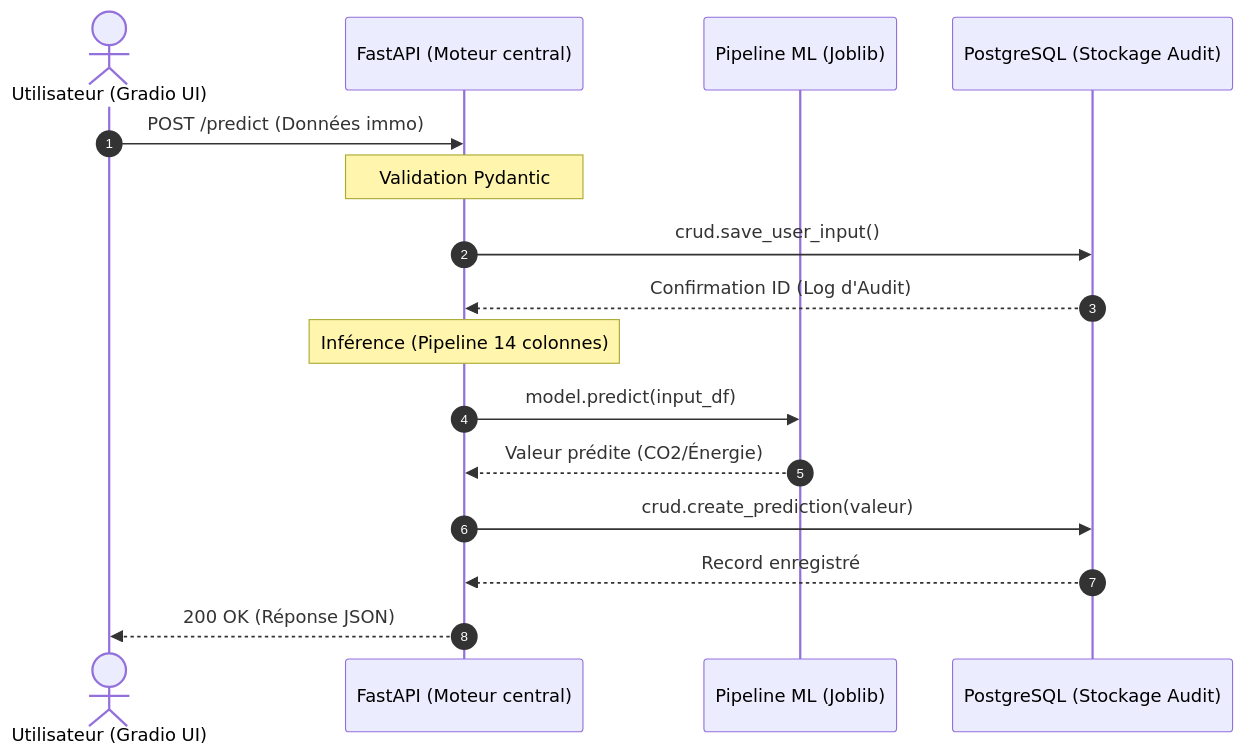
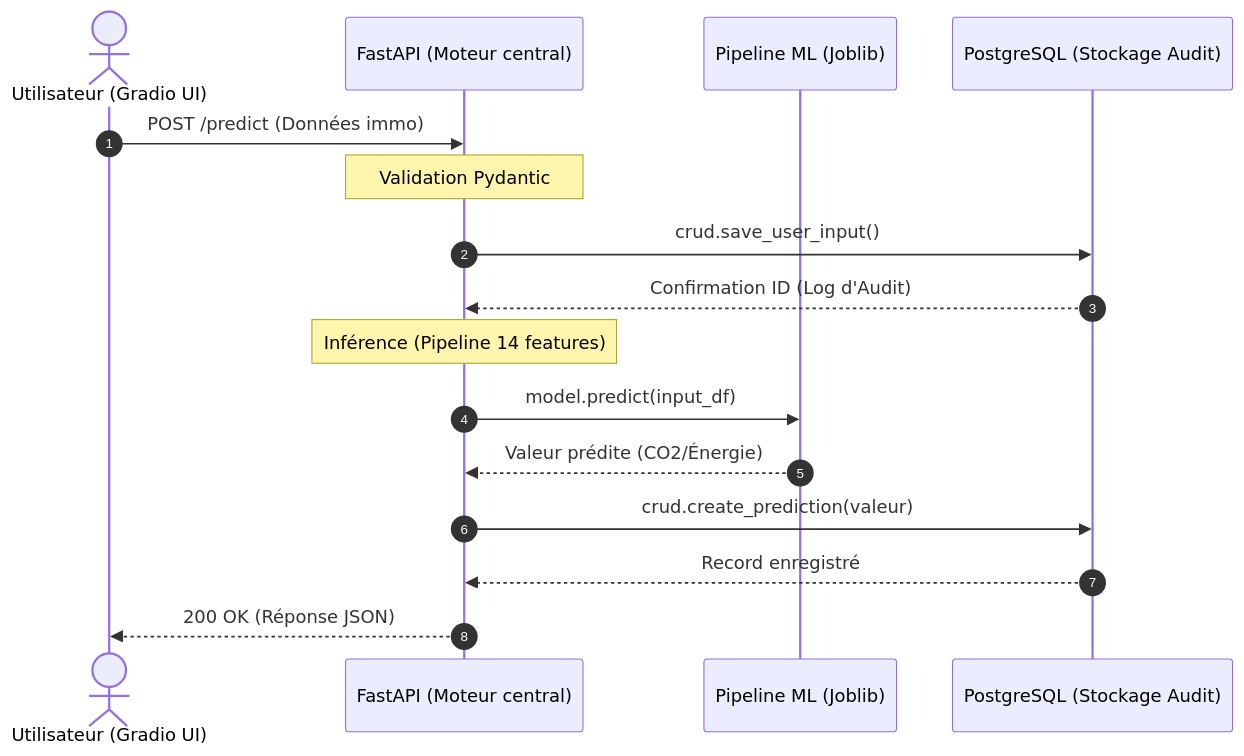
One commit to AIEngOc2025/Projet5 changed the second of 2 diagrams in README.md. Above: the diagram before and after it, drawn with Mermaid.

````diff
--- a/README.md
+++ b/README.md
@@ -55,25 +55,25 @@
 ```mermaid
 sequenceDiagram
     autonumber
     actor User as Utilisateur (Gradio UI)
     participant API as FastAPI (Moteur central)
     participant ML as Pipeline ML (Joblib)
     participant DB as PostgreSQL (Stockage Audit)
 
     User->>API: POST /predict (Données immo)
     
     Note over API: Validation Pydantic
     
     API->>DB: crud.save_user_input()
     DB-->>API: Confirmation ID (Log d'Audit)
     
-    Note over API: Inférence (Pipeline 14 colonnes)
+    Note over API: Inférence (Pipeline 14 features)
     
     API->>ML: model.predict(input_df)
     ML-->>API: Valeur prédite (CO2/Énergie)
     
     API->>DB: crud.create_prediction(valeur)
     DB-->>API: Record enregistré
     
     API-->>User: 200 OK (Réponse JSON)
 ``` 
````
